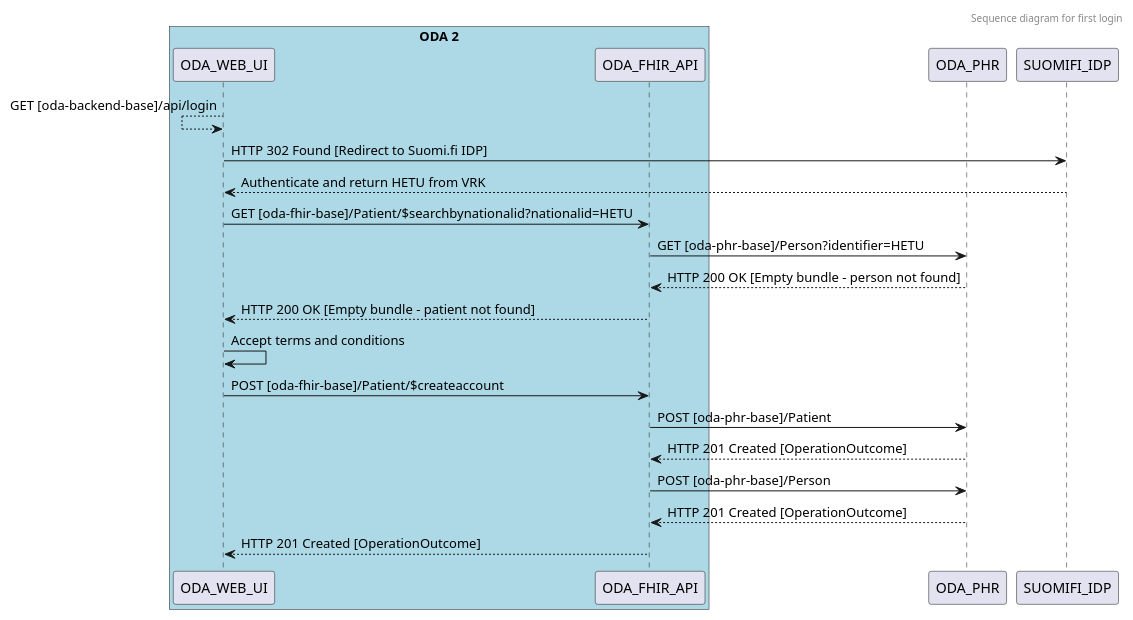
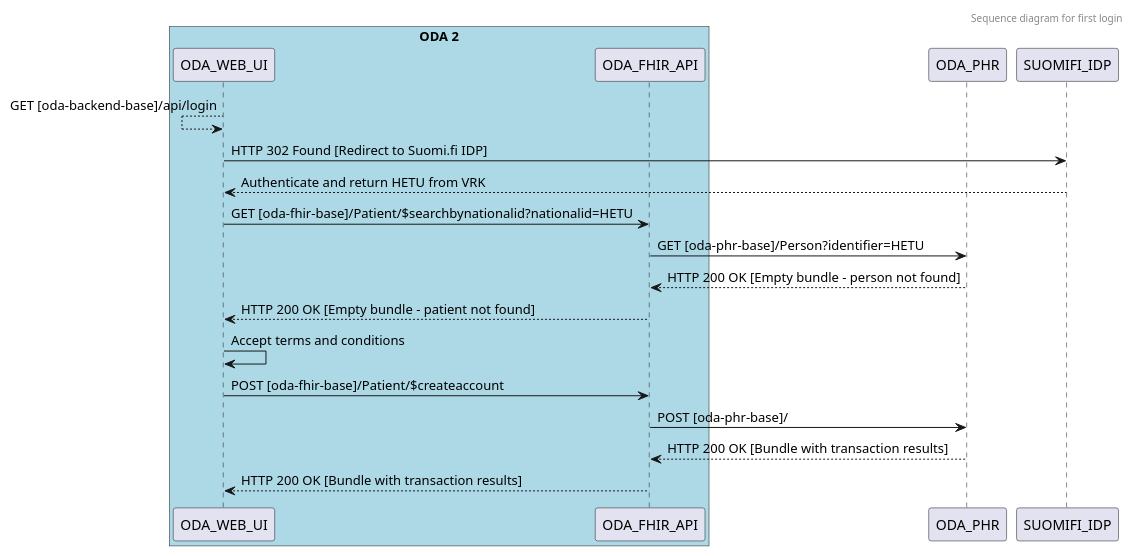
Before and after one commit to ruoat/definitions: the diagram in sequence-diagrams/first-login.puml, drawn with PlantUML.

Commit message:
Changed operation type to transaction in diagram

```diff
--- a/sequence-diagrams/first-login.puml
+++ b/sequence-diagrams/first-login.puml
@@ -1,36 +1,34 @@
 @startuml
 header
 Sequence diagram for first login
 endheader
 
 participant ODA_WEB_UI
 participant ODA_FHIR_API
 
 box "ODA 2" #LightBlue
     participant ODA_WEB_UI
     participant ODA_FHIR_API
 end box
 participant ODA_PHR
 participant SUOMIFI_IDP
 ODA_WEB_UI <-- ODA_WEB_UI: GET [oda-backend-base]/api/login
 ODA_WEB_UI -> SUOMIFI_IDP:  HTTP 302 Found [Redirect to Suomi.fi IDP]
 ODA_WEB_UI <-- SUOMIFI_IDP: Authenticate and return HETU from VRK
 
 ODA_WEB_UI -> ODA_FHIR_API: GET [oda-fhir-base]/Patient/$searchbynationalid?nationalid=HETU
 ODA_FHIR_API -> ODA_PHR: GET [oda-phr-base]/Person?identifier=HETU
 ODA_FHIR_API <-- ODA_PHR: HTTP 200 OK [Empty bundle - person not found]
 ODA_WEB_UI <-- ODA_FHIR_API: HTTP 200 OK [Empty bundle - patient not found]
 
 ODA_WEB_UI -> ODA_WEB_UI: Accept terms and conditions
 
 
 ODA_WEB_UI -> ODA_FHIR_API: POST [oda-fhir-base]/Patient/$createaccount
 
-ODA_FHIR_API -> ODA_PHR: POST [oda-phr-base]/Patient
-ODA_FHIR_API <-- ODA_PHR: HTTP 201 Created [OperationOutcome]
-ODA_FHIR_API -> ODA_PHR: POST [oda-phr-base]/Person
-ODA_FHIR_API <-- ODA_PHR: HTTP 201 Created [OperationOutcome]
+ODA_FHIR_API -> ODA_PHR: POST [oda-phr-base]/
+ODA_FHIR_API <-- ODA_PHR: HTTP 200 OK [Bundle with transaction results]
  
-ODA_WEB_UI <-- ODA_FHIR_API: HTTP 201 Created [OperationOutcome]
+ODA_WEB_UI <-- ODA_FHIR_API: HTTP 200 OK [Bundle with transaction results]
 
 @enduml
```
